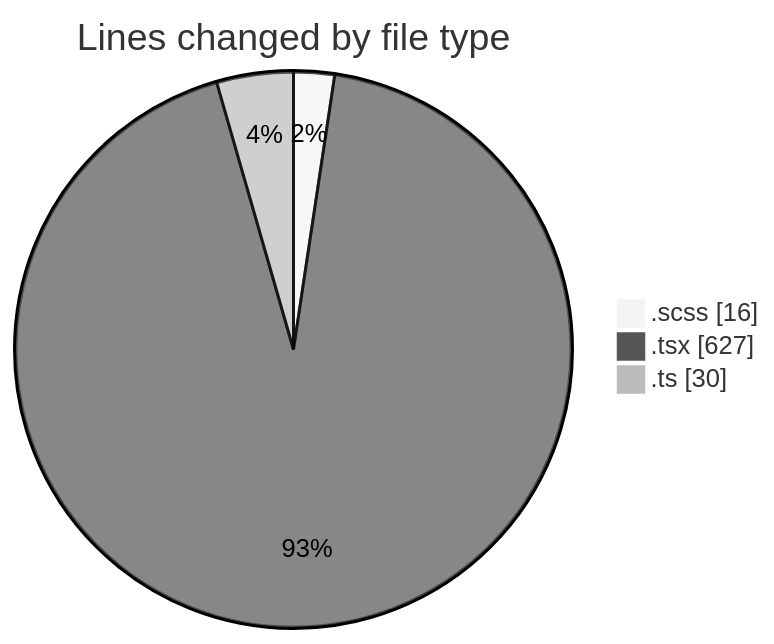
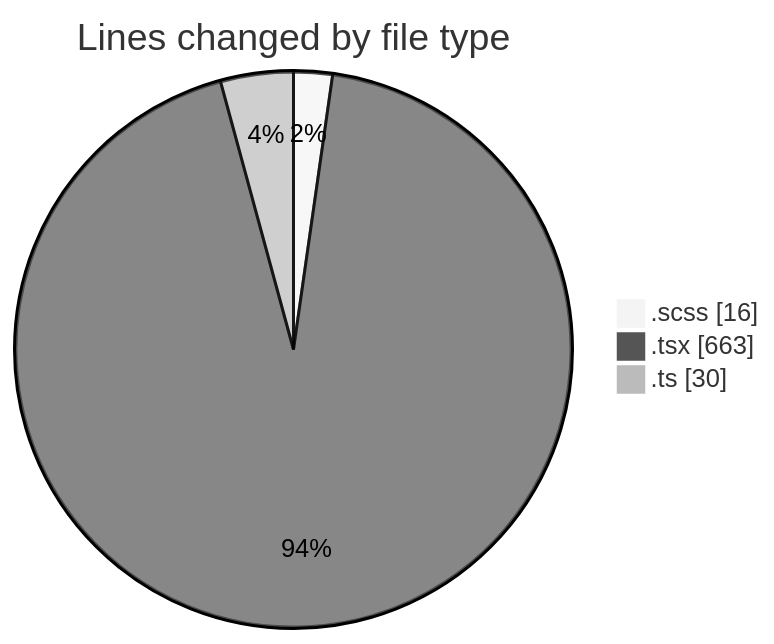
Before and after one commit to momahboobian/code-tracking: the first of 2 diagrams in 2025-02-27/cda/README.md, drawn with Mermaid (neutral theme). The commit also changed other lines of this file and 1 other file, not shown here.

````diff
--- a/2025-02-27/cda/README.md
+++ b/2025-02-27/cda/README.md
@@ -27,7 +27,7 @@
 ```mermaid
 pie showData
 title Lines changed by file type
 ".scss" : 16
-".tsx" : 627
+".tsx" : 663
 ".ts" : 30
 ```
````
